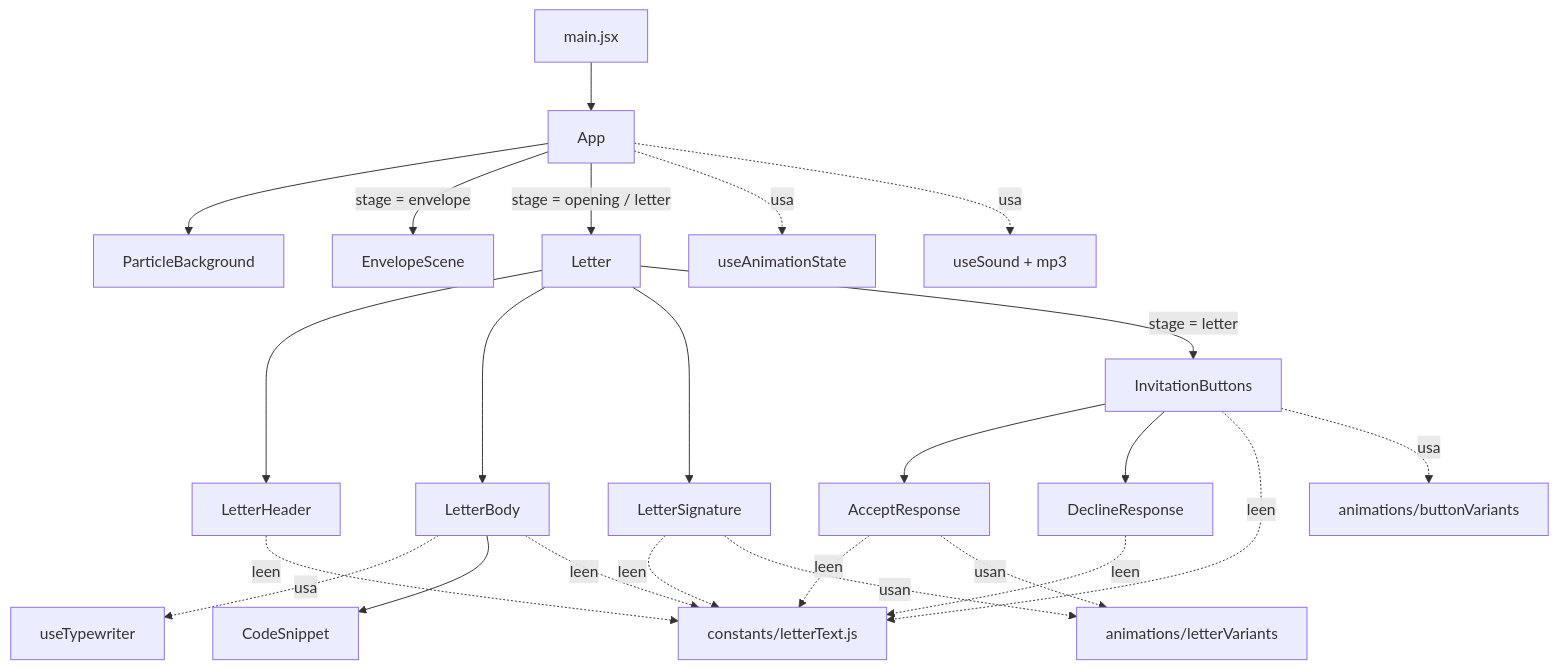
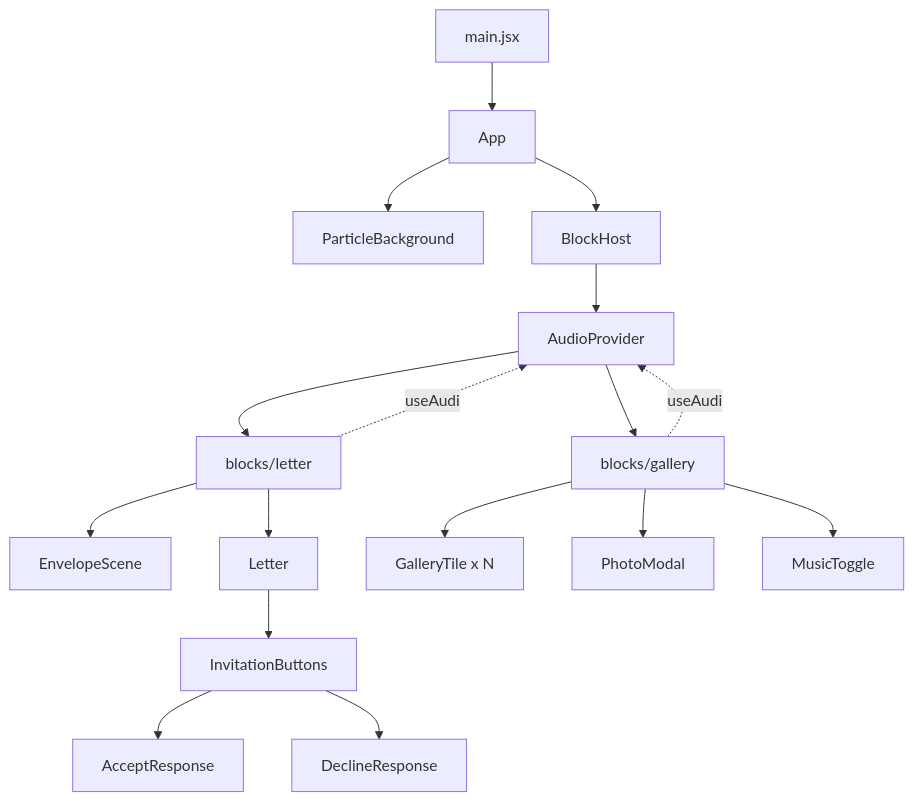
One commit to JHONZ-01/Proyect_love changed the second of 3 diagrams in docs/ARQUITECTURA.md. Above: the diagram before and after it, drawn with Mermaid. The commit also changed other lines of this file and 73 other files, not shown here.

````diff
--- a/docs/ARQUITECTURA.md
+++ b/docs/ARQUITECTURA.md
@@ -48,20 +78,19 @@
 ```mermaid
 flowchart TD
     main[main.jsx] --> App
     App --> PB[ParticleBackground]
-    App -->|stage = envelope| ES[EnvelopeScene]
-    App -->|stage = opening / letter| L[Letter]
-    App -.usa.-> UAS[useAnimationState]
-    App -.usa.-> US[useSound + mp3]
-    L --> LH[LetterHeader]
-    L --> LB[LetterBody]
-    L --> LS[LetterSignature]
-    L -->|stage = letter| IB[InvitationButtons]
-    LB -.usa.-> UT[useTypewriter]
-    LB --> CS[CodeSnippet]
+    App --> BH[BlockHost]
+    BH --> AP[AudioProvider]
+    AP --> LB[blocks/letter]
+    AP --> GB[blocks/gallery]
+    LB --> ES[EnvelopeScene]
+    LB --> L[Letter]
+    L --> IB[InvitationButtons]
     IB --> AR[AcceptResponse]
     IB --> DR[DeclineResponse]
-    LH & LB & LS & AR & DR & IB -.leen.-> TXT[constants/letterText.js]
-    IB -.usa.-> BV[animations/buttonVariants]
-    LS & AR -.usan.-> LV[animations/letterVariants]
+    GB --> GT[GalleryTile x N]
+    GB --> PM[PhotoModal]
+    GB --> MT[MusicToggle]
+    LB -.useAudio.-> AP
+    GB -.useAudio.-> AP
 ```
````
